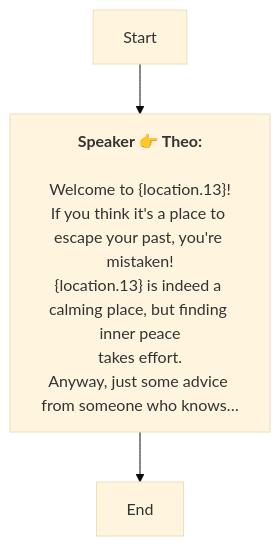
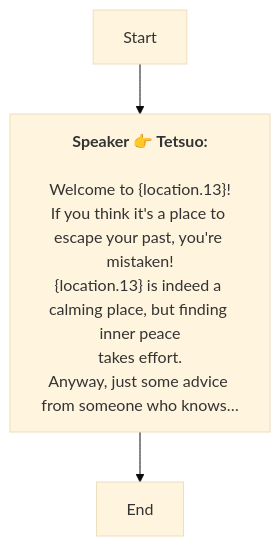
One commit to SoftHu/tos_avg changed the diagram in En/AddDialogNode_1741891248533772.md. Above: the diagram before and after it, drawn with Mermaid (base theme). The commit also changed 737 other files, not shown here.

````diff
--- a/En/AddDialogNode_1741891248533772.md
+++ b/En/AddDialogNode_1741891248533772.md
@@ -1,12 +1,9 @@
 ```mermaid
 graph
-Start -->1741905378806083[<b>Speaker 👉 Theo:</b>
-
-Welcome to &lbrace;location.13&rbrace;!
-If you think it's a place to escape your past, you're mistaken!
-&lbrace;location.13&rbrace; is indeed a calming place, but finding inner peace
-takes effort.
-Anyway, just some advice from someone who knows…]
+Start -->1741905378806083[<b>Speaker 👉 Tetsuo:</b>
+\nWelcome to &lbrace;location.13&rbrace;!
+If you think it's a place to escape your past, you're mistaken!\n&lbrace;location.13&rbrace; is indeed a calming place, but finding inner peace
+takes effort.\nAnyway, just some advice from someone who knows…]
 1741905378806083 -->1741905938224452[End]
 
- ```
+```
````
